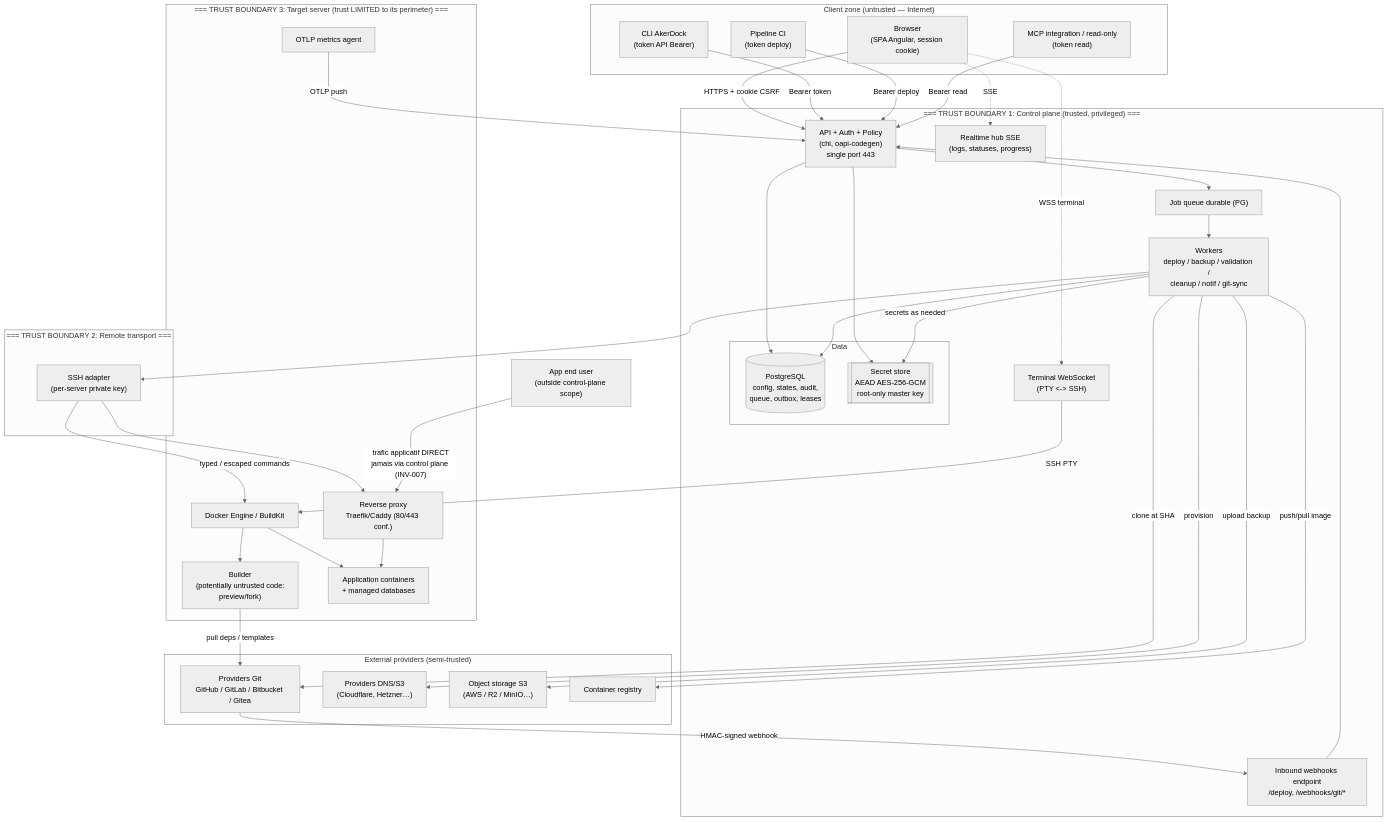
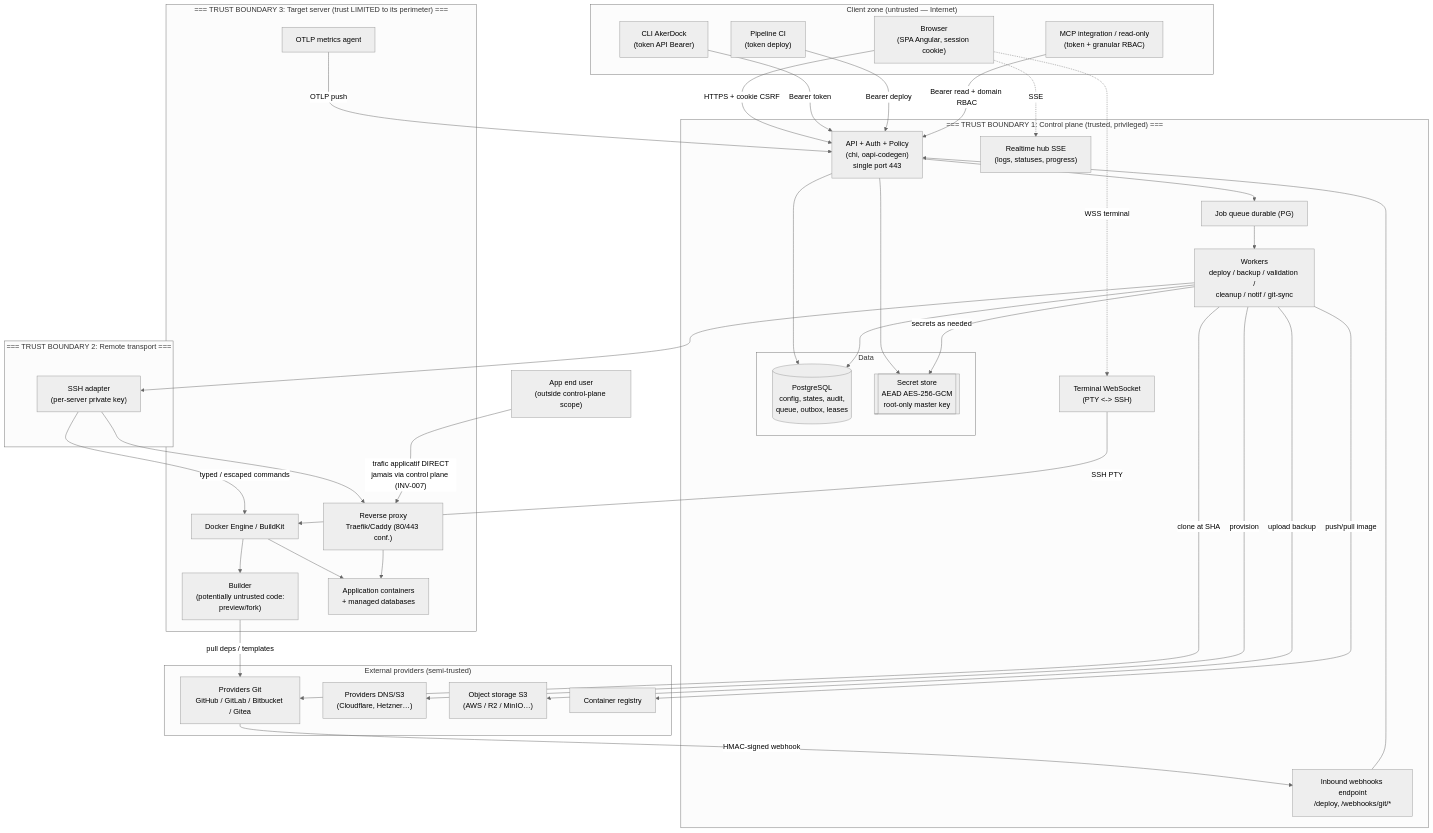
One commit to deepteams/akerdock changed the diagram in docs/specs/threat-model.md. Above: the diagram before and after it, drawn with Mermaid (neutral theme). The commit also changed 18 other files, not shown here.

````diff
--- a/docs/specs/threat-model.md
+++ b/docs/specs/threat-model.md
@@ -22,75 +22,75 @@
 ```mermaid
 flowchart TB
     subgraph ext_clients["Client zone (untrusted — Internet)"]
         BROWSER["Browser<br/>(SPA Angular, session cookie)"]
         CLI["CLI AkerDock<br/>(token API Bearer)"]
         CI["Pipeline CI<br/>(token deploy)"]
-        MCP["MCP integration / read-only<br/>(token read)"]
+        MCP["MCP integration / read-only<br/>(token + granular RBAC)"]
     end
 
     subgraph ext_git["External providers (semi-trusted)"]
         GIT["Providers Git<br/>GitHub / GitLab / Bitbucket / Gitea"]
         CLOUD["Providers DNS/S3<br/>(Cloudflare, Hetzner…)"]
         S3["Object storage S3<br/>(AWS / R2 / MinIO…)"]
         REG["Container registry"]
     end
 
     subgraph tb_cp["=== TRUST BOUNDARY 1: Control plane (trusted, privileged) ==="]
         API["API + Auth + Policy<br/>(chi, oapi-codegen)<br/>single port 443"]
         WHIN["Inbound webhooks endpoint<br/>/deploy, /webhooks/git/*"]
         RT["Realtime hub SSE<br/>(logs, statuses, progress)"]
         WSTERM["Terminal WebSocket<br/>(PTY <-> SSH)"]
         subgraph tb_data["Data"]
             PG[("PostgreSQL<br/>config, states, audit,<br/>queue, outbox, leases")]
             SECRETS[["Secret store<br/>AEAD AES-256-GCM<br/>root-only master key"]]
         end
         QUEUE["Job queue durable (PG)"]
         WORKERS["Workers<br/>deploy / backup / validation /<br/>cleanup / notif / git-sync"]
     end
 
     subgraph tb_transport["=== TRUST BOUNDARY 2: Remote transport ==="]
         SSH["SSH adapter<br/>(per-server private key)"]
     end
 
     subgraph tb_target["=== TRUST BOUNDARY 3: Target server (trust LIMITED to its perimeter) ==="]
         DOCKER["Docker Engine / BuildKit"]
         BUILDER["Builder<br/>(potentially untrusted code:<br/>preview/fork)"]
         PROXY["Reverse proxy<br/>Traefik/Caddy (80/443 conf.)"]
         SENTINEL["OTLP metrics agent"]
         WORKLOAD["Application containers<br/>+ managed databases"]
     end
 
     ENDUSER["App end user<br/>(outside control-plane scope)"]
 
     BROWSER -->|"HTTPS + cookie CSRF"| API
     CLI -->|"Bearer token"| API
     CI -->|"Bearer deploy"| API
-    MCP -->|"Bearer read"| API
+    MCP -->|"Bearer read + domain RBAC"| API
     BROWSER -.->|"SSE"| RT
     BROWSER -.->|"WSS terminal"| WSTERM
 
     GIT -->|"HMAC-signed webhook"| WHIN
     WHIN --> API
     API --> PG
     API --> SECRETS
     API --> QUEUE
     QUEUE --> WORKERS
     WORKERS --> PG
     WORKERS -->|"secrets as needed"| SECRETS
     WORKERS --> SSH
     WORKERS -->|"clone at SHA"| GIT
     WORKERS -->|"provision"| CLOUD
     WORKERS -->|"upload backup"| S3
     WORKERS -->|"push/pull image"| REG
 
     SSH -->|"typed / escaped commands"| DOCKER
     SSH --> PROXY
     DOCKER --> BUILDER
     BUILDER -->|"pull deps / templates"| GIT
     DOCKER --> WORKLOAD
     SENTINEL -->|"OTLP push"| API
     WSTERM -->|"SSH PTY"| DOCKER
 
     ENDUSER -->|"trafic applicatif DIRECT<br/>jamais via control plane (INV-007)"| PROXY
     PROXY --> WORKLOAD
 ```
````
